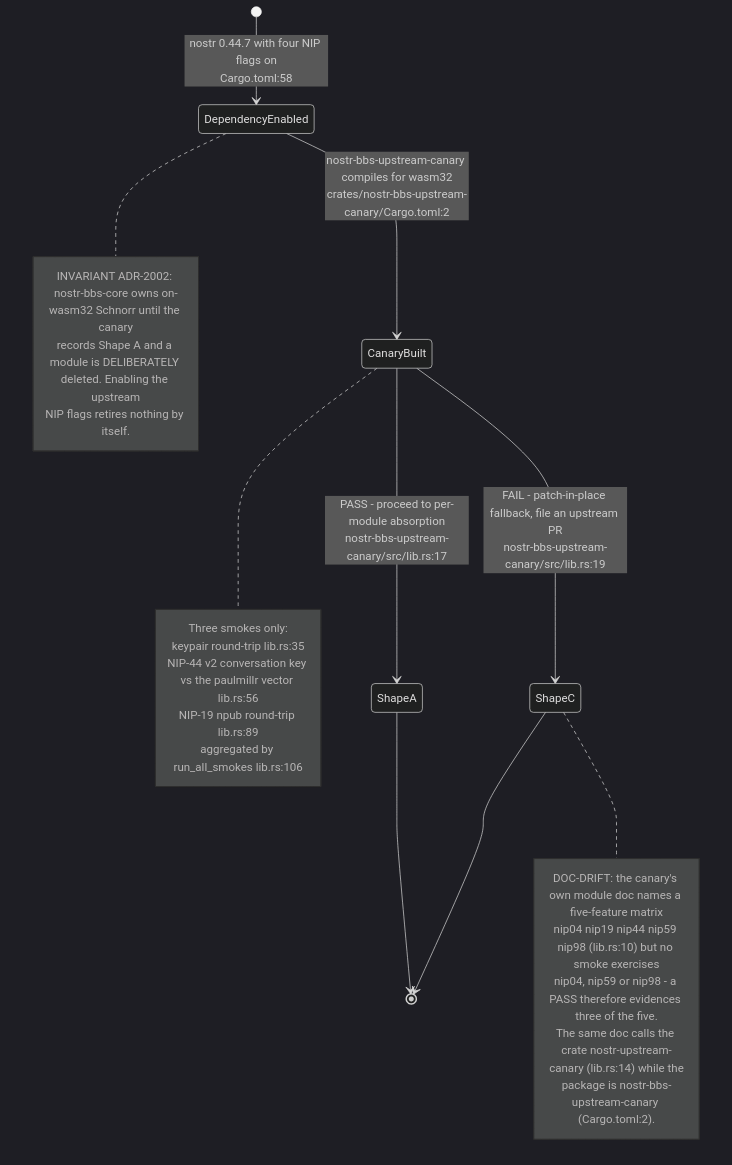
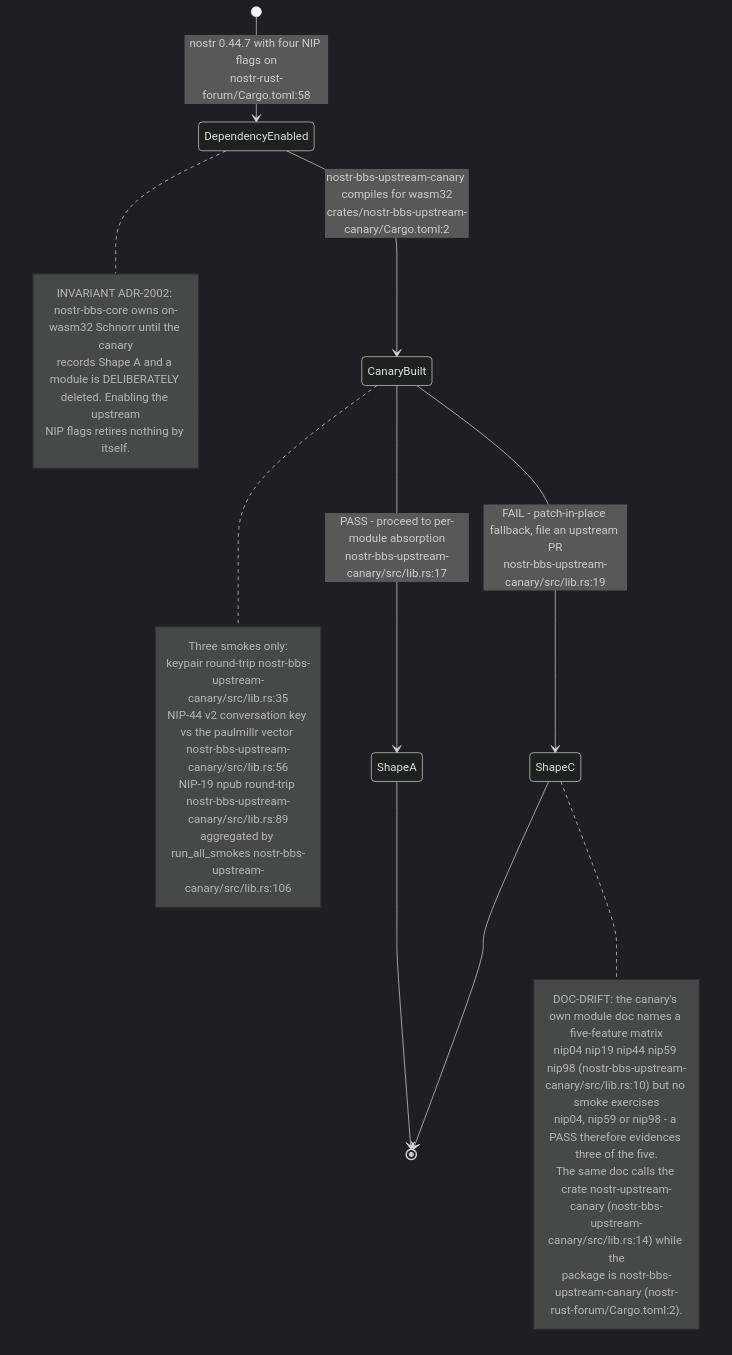
Before and after one commit to DreamLab-AI/VisionFlow: the fifth of 6 diagrams in docs/diagrams/nostr-rust-forum/01-workspace-and-worker-topology.md, drawn with Mermaid (dark theme). The commit also changed other lines of this file and 185 other files, not shown here.

Commit message:
docs(estate): reconcile diagrams and ADRs with source and define closeout sprint

````diff
--- a/docs/diagrams/nostr-rust-forum/01-workspace-and-worker-topology.md
+++ b/docs/diagrams/nostr-rust-forum/01-workspace-and-worker-topology.md
@@ -148,29 +151,29 @@
 ```mermaid
 stateDiagram-v2
-    [*] --> DependencyEnabled: nostr 0.44.7 with four NIP flags on<br/>Cargo.toml:58
+    [*] --> DependencyEnabled: nostr 0.44.7 with four NIP flags on<br/>nostr-rust-forum/Cargo.toml:58
     DependencyEnabled --> CanaryBuilt: nostr-bbs-upstream-canary compiles for wasm32<br/>crates/nostr-bbs-upstream-canary/Cargo.toml:2
     CanaryBuilt --> ShapeA: PASS - proceed to per-module absorption<br/>nostr-bbs-upstream-canary/src/lib.rs:17
     CanaryBuilt --> ShapeC: FAIL - patch-in-place fallback, file an upstream PR<br/>nostr-bbs-upstream-canary/src/lib.rs:19
     ShapeA --> [*]
     ShapeC --> [*]
 
     note right of CanaryBuilt
         Three smokes only:
-        keypair round-trip lib.rs:35
-        NIP-44 v2 conversation key vs the paulmillr vector lib.rs:56
-        NIP-19 npub round-trip lib.rs:89
-        aggregated by run_all_smokes lib.rs:106
+        keypair round-trip nostr-bbs-upstream-canary/src/lib.rs:35
+        NIP-44 v2 conversation key vs the paulmillr vector nostr-bbs-upstream-canary/src/lib.rs:56
+        NIP-19 npub round-trip nostr-bbs-upstream-canary/src/lib.rs:89
+        aggregated by run_all_smokes nostr-bbs-upstream-canary/src/lib.rs:106
     end note
     note right of DependencyEnabled
         INVARIANT ADR-2002: nostr-bbs-core owns on-wasm32 Schnorr until the canary
         records Shape A and a module is DELIBERATELY deleted. Enabling the upstream
         NIP flags retires nothing by itself.
     end note
     note right of ShapeC
         DOC-DRIFT: the canary's own module doc names a five-feature matrix
-        nip04 nip19 nip44 nip59 nip98 (lib.rs:10) but no smoke exercises
+        nip04 nip19 nip44 nip59 nip98 (nostr-bbs-upstream-canary/src/lib.rs:10) but no smoke exercises
         nip04, nip59 or nip98 - a PASS therefore evidences three of the five.
-        The same doc calls the crate nostr-upstream-canary (lib.rs:14) while the
-        package is nostr-bbs-upstream-canary (Cargo.toml:2).
+        The same doc calls the crate nostr-upstream-canary (nostr-bbs-upstream-canary/src/lib.rs:14) while the
+        package is nostr-bbs-upstream-canary (nostr-rust-forum/Cargo.toml:2).
     end note
 ```
````
